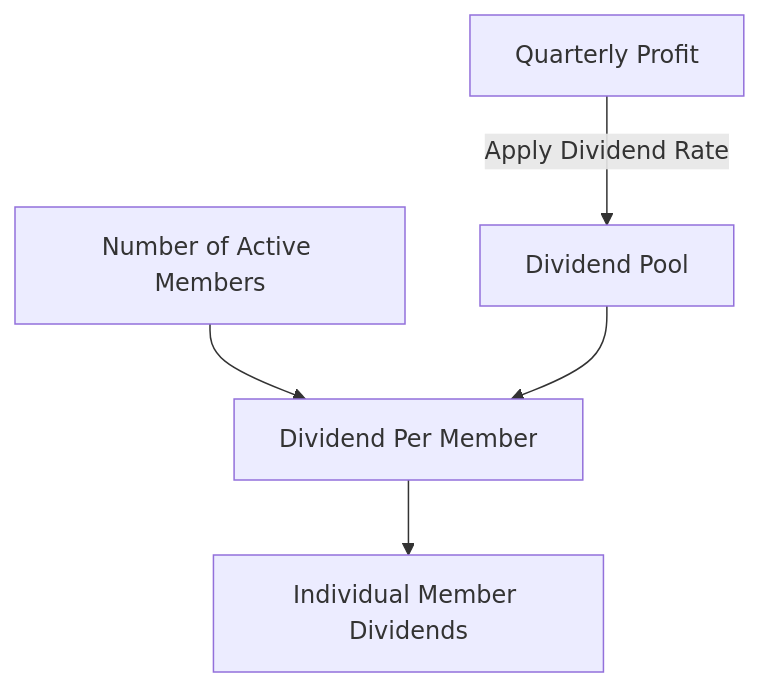
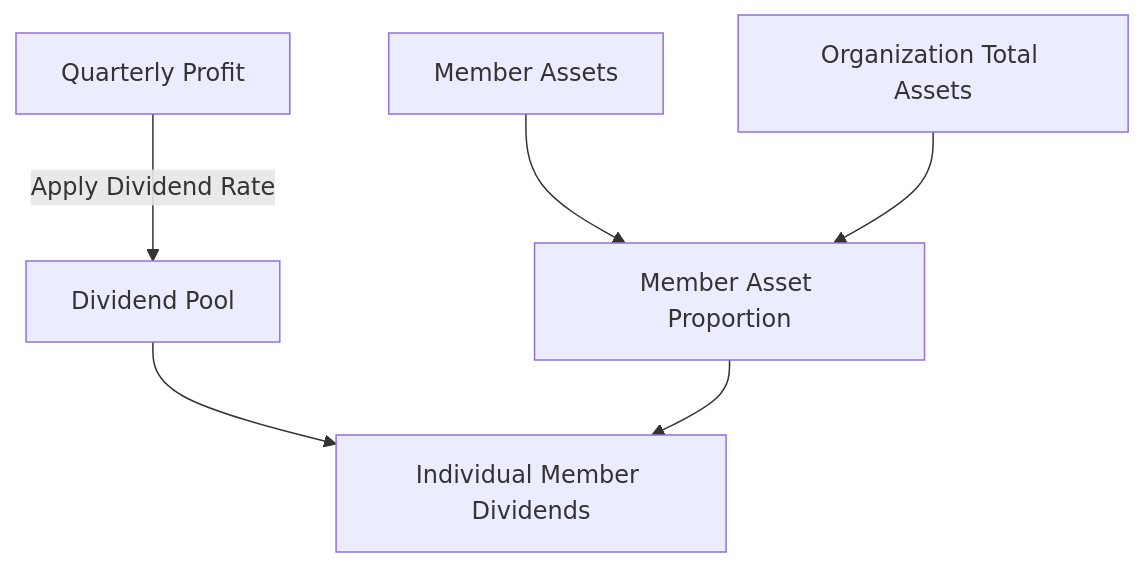
The fourth of 8 diagrams in financial-org-app/docs/financial-logic.md (Sachin-Bandaranayaka/sahana-new), drawn with Mermaid before and after one commit. The commit also changed other lines of this file and 4 other files, not shown here.

````diff
--- a/financial-org-app/docs/financial-logic.md
+++ b/financial-org-app/docs/financial-logic.md
@@ -66,7 +77,8 @@
 ```mermaid
 flowchart TD
     A[Quarterly Profit] -->|Apply Dividend Rate| B[Dividend Pool]
-    C[Number of Active Members] --> D[Dividend Per Member]
-    B --> D
-    D --> E[Individual Member Dividends]
+    C[Member Assets] --> E[Member Asset Proportion]
+    D[Organization Total Assets] --> E
+    B --> F[Individual Member Dividends]
+    E --> F
 ```
````
